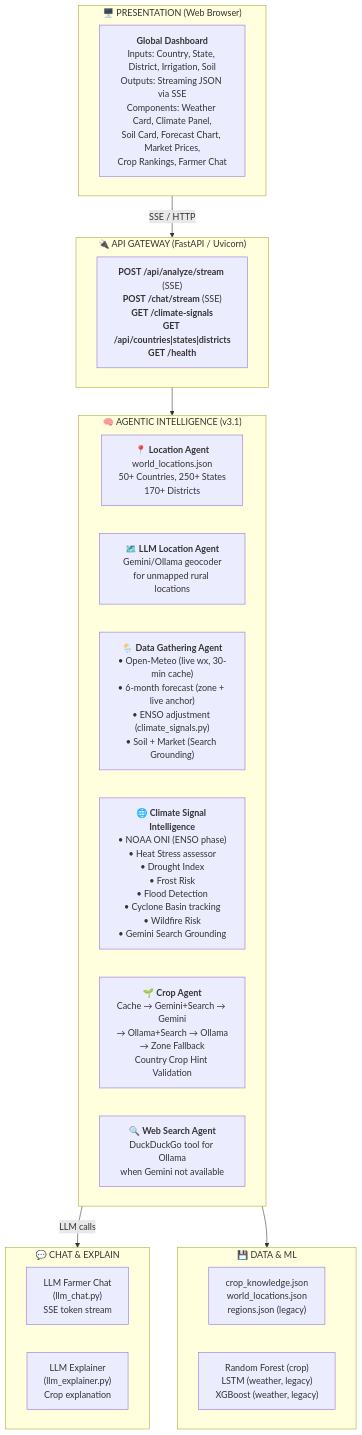
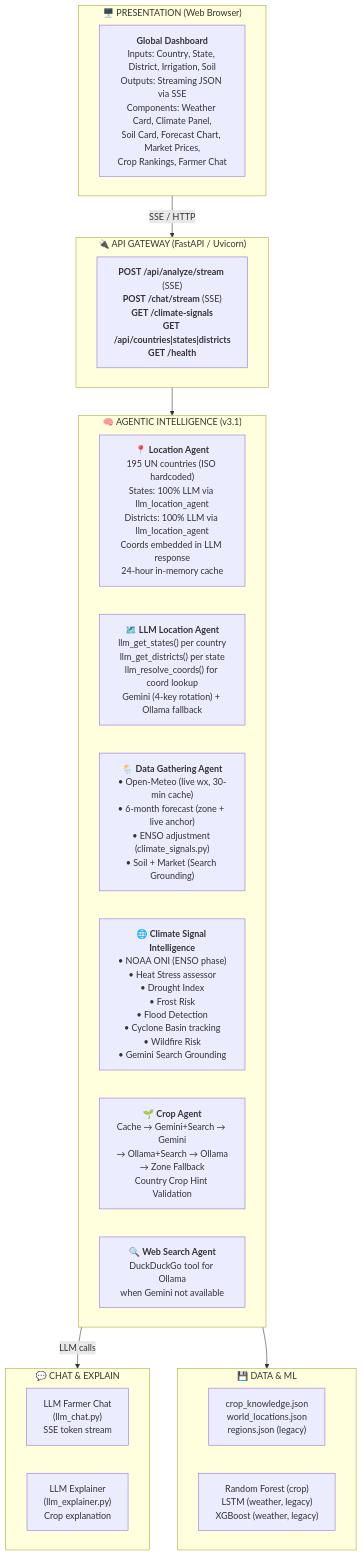
One commit to tirthch25/AI-Powered-Weather-Resilient-Crop-Advisor changed the diagram in user_module_paper.md. Above: the diagram before and after it, drawn with Mermaid. The commit also changed other lines of this file and 2 other files, not shown here.

First line of the commit message:
fix(docs): correct location coverage claims to reflect actual architecture

````diff
--- a/user_module_paper.md
+++ b/user_module_paper.md
@@ -100,34 +100,34 @@
 ```mermaid
 flowchart TD
     subgraph L1["🖥️  PRESENTATION (Web Browser)"]
         UI["<b>Global Dashboard</b><br/>Inputs: Country, State, District, Irrigation, Soil<br/>Outputs: Streaming JSON via SSE<br/>Components: Weather Card, Climate Panel,<br/>Soil Card, Forecast Chart, Market Prices,<br/>Crop Rankings, Farmer Chat"]
     end
 
     subgraph L2["🔌  API GATEWAY (FastAPI / Uvicorn)"]
         API["<b>POST /api/analyze/stream</b> (SSE)<br/><b>POST /chat/stream</b> (SSE)<br/><b>GET /climate-signals</b><br/><b>GET /api/countries|states|districts</b><br/><b>GET /health</b>"]
     end
 
     subgraph L3["🧠  AGENTIC INTELLIGENCE (v3.1)"]
-        LA["📍 <b>Location Agent</b><br/>world_locations.json<br/>50+ Countries, 250+ States<br/>170+ Districts"]
-        LLA["🗺️ <b>LLM Location Agent</b><br/>Gemini/Ollama geocoder<br/>for unmapped rural locations"]
+        LA["📍 <b>Location Agent</b><br/>195 UN countries (ISO hardcoded)<br/>States: 100% LLM via llm_location_agent<br/>Districts: 100% LLM via llm_location_agent<br/>Coords embedded in LLM response<br/>24-hour in-memory cache"]
+        LLA["🗺️ <b>LLM Location Agent</b><br/>llm_get_states() per country<br/>llm_get_districts() per state<br/>llm_resolve_coords() for coord lookup<br/>Gemini (4-key rotation) + Ollama fallback"]
         DGA["🌦️ <b>Data Gathering Agent</b><br/>• Open-Meteo (live wx, 30-min cache)<br/>• 6-month forecast (zone + live anchor)<br/>• ENSO adjustment (climate_signals.py)<br/>• Soil + Market (Search Grounding)"]
         CSI["🌐 <b>Climate Signal Intelligence</b><br/>• NOAA ONI (ENSO phase)<br/>• Heat Stress assessor<br/>• Drought Index<br/>• Frost Risk<br/>• Flood Detection<br/>• Cyclone Basin tracking<br/>• Wildfire Risk<br/>• Gemini Search Grounding"]
         CA["🌱 <b>Crop Agent</b><br/>Cache → Gemini+Search → Gemini<br/>→ Ollama+Search → Ollama<br/>→ Zone Fallback<br/>Country Crop Hint Validation"]
         WSA["🔍 <b>Web Search Agent</b><br/>DuckDuckGo tool for Ollama<br/>when Gemini not available"]
     end
 
     subgraph L4["💬  CHAT & EXPLAIN"]
         CHAT["LLM Farmer Chat<br/>(llm_chat.py)<br/>SSE token stream"]
         EXP["LLM Explainer<br/>(llm_explainer.py)<br/>Crop explanation"]
     end
 
     subgraph L5["💾  DATA & ML"]
         DB["crop_knowledge.json<br/>world_locations.json<br/>regions.json (legacy)"]
         ML["Random Forest (crop)<br/>LSTM (weather, legacy)<br/>XGBoost (weather, legacy)"]
     end
 
     L1 -->|"SSE / HTTP"| L2
     L2 --> L3
     L3 -->|"LLM calls"| L4
     L3 --> L5
 ```
````
